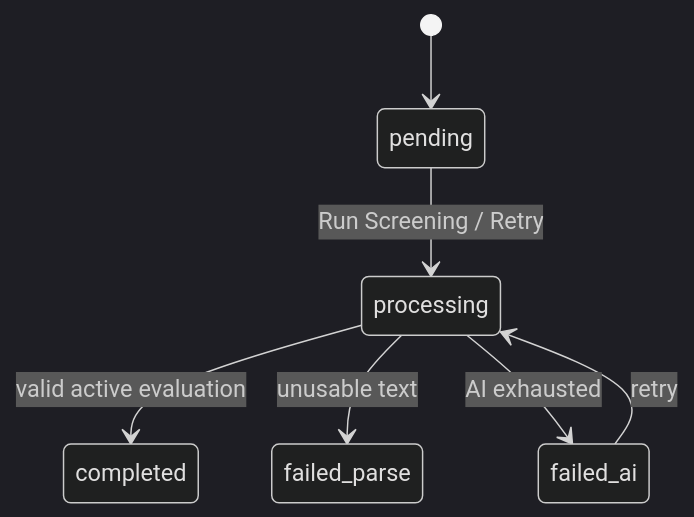
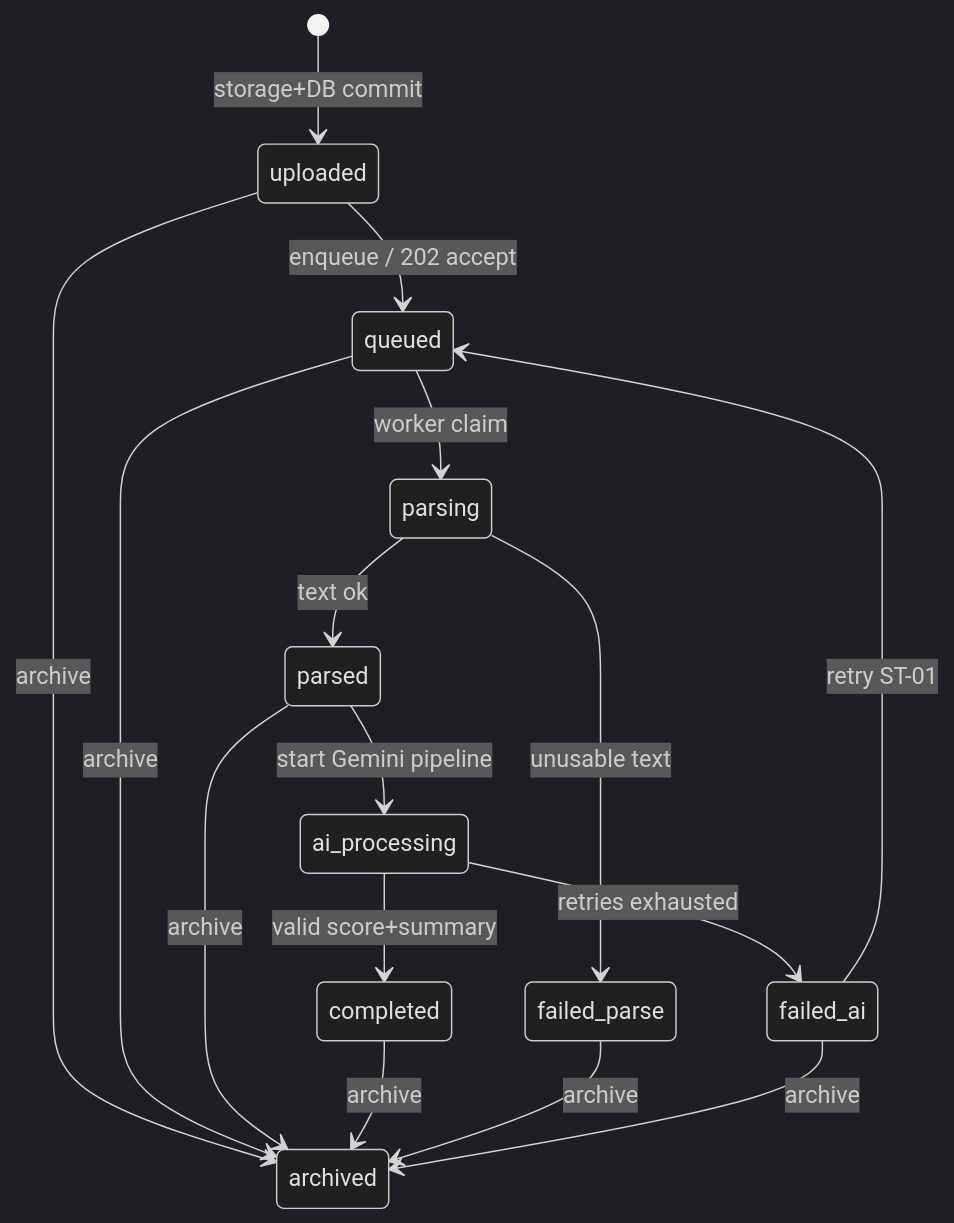
The tenth of 17 diagrams in docs/02-design/04-System-Design-Document.md (VishnuVardhan-CH-2022/resume-rank-ai-dev), drawn with Mermaid (dark theme) before and after one commit. The commit also changed other lines of this file and 4 other files, not shown here.

````diff
--- a/docs/02-design/04-System-Design-Document.md
+++ b/docs/02-design/04-System-Design-Document.md
@@ -632,9 +669,18 @@
 ```mermaid
 stateDiagram-v2
-  [*] --> pending
-  pending --> processing: Run Screening / Retry
-  processing --> completed: valid active evaluation
-  processing --> failed_parse: unusable text
-  processing --> failed_ai: AI exhausted
-  failed_ai --> processing: retry
+  [*] --> uploaded: storage+DB commit
+  uploaded --> queued: enqueue / 202 accept
+  queued --> parsing: worker claim
+  parsing --> failed_parse: unusable text
+  parsing --> parsed: text ok
+  parsed --> ai_processing: start Gemini pipeline
+  ai_processing --> completed: valid score+summary
+  ai_processing --> failed_ai: retries exhausted
+  failed_ai --> queued: retry ST-01
+  uploaded --> archived: archive
+  queued --> archived: archive
+  parsed --> archived: archive
+  completed --> archived: archive
+  failed_parse --> archived: archive
+  failed_ai --> archived: archive
 ```
````
